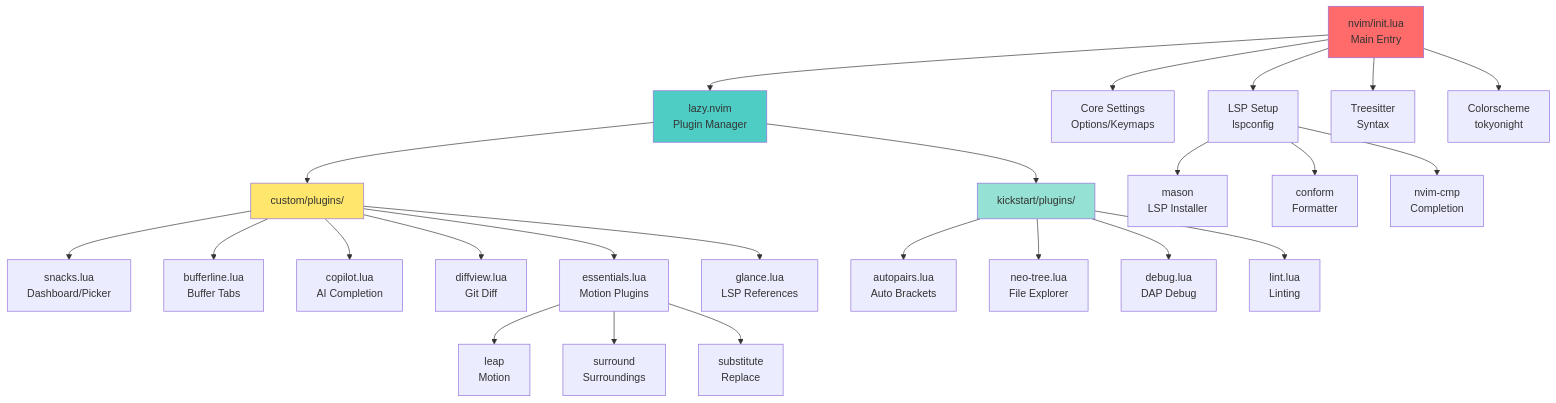
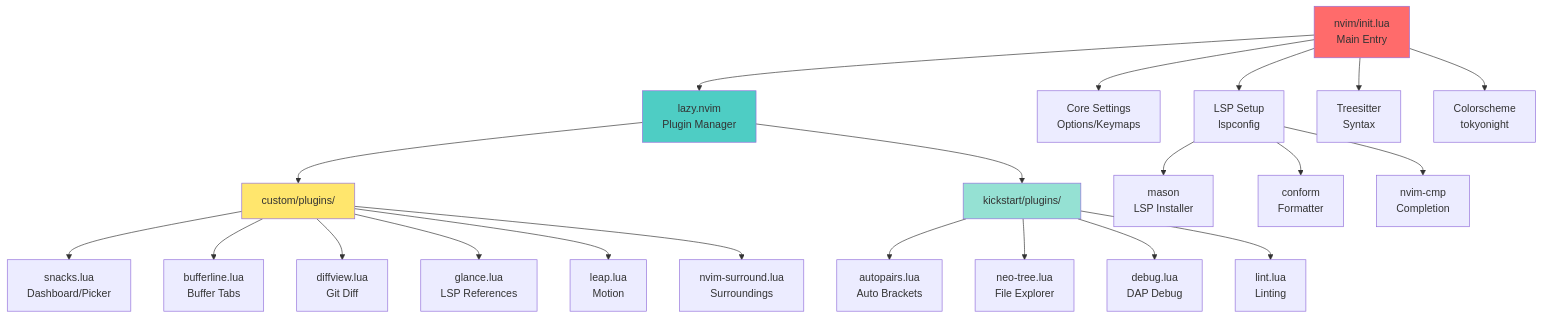
One commit to ymat19/dotfiles changed the second of 2 diagrams in README.md. Above: the diagram before and after it, drawn with Mermaid. The commit also changed other lines of this file and 13 other files, not shown here.

First line of the commit message:
refactor: nvim プラグインを閲覧用途に整理し essentials を分割

````diff
--- a/README.md
+++ b/README.md
@@ -152,37 +152,33 @@
 ```mermaid
 graph TD
     A["nvim/init.lua<br/>Main Entry"] --> B["lazy.nvim<br/>Plugin Manager"]
 
     A --> C["Core Settings<br/>Options/Keymaps"]
     A --> D["LSP Setup<br/>lspconfig"]
     A --> E["Treesitter<br/>Syntax"]
     A --> F["Colorscheme<br/>tokyonight"]
 
     B --> H["custom/plugins/"]
     B --> I["kickstart/plugins/"]
 
     H --> H1["snacks.lua<br/>Dashboard/Picker"]
     H --> H2["bufferline.lua<br/>Buffer Tabs"]
-    H --> H3["copilot.lua<br/>AI Completion"]
-    H --> H4["diffview.lua<br/>Git Diff"]
-    H --> H5["essentials.lua<br/>Motion Plugins"]
-    H --> H6["glance.lua<br/>LSP References"]
+    H --> H3["diffview.lua<br/>Git Diff"]
+    H --> H4["glance.lua<br/>LSP References"]
+    H --> H5["leap.lua<br/>Motion"]
+    H --> H6["nvim-surround.lua<br/>Surroundings"]
 
     I --> I1["autopairs.lua<br/>Auto Brackets"]
     I --> I2["neo-tree.lua<br/>File Explorer"]
     I --> I3["debug.lua<br/>DAP Debug"]
     I --> I4["lint.lua<br/>Linting"]
 
     D --> D1["mason<br/>LSP Installer"]
     D --> D2["conform<br/>Formatter"]
     D --> D3["nvim-cmp<br/>Completion"]
 
-    H5 --> H5A["leap<br/>Motion"]
-    H5 --> H5B["surround<br/>Surroundings"]
-    H5 --> H5C["substitute<br/>Replace"]
-
     style A fill:#ff6b6b
     style B fill:#4ecdc4
     style H fill:#ffe66d
     style I fill:#95e1d3
 ```
````
